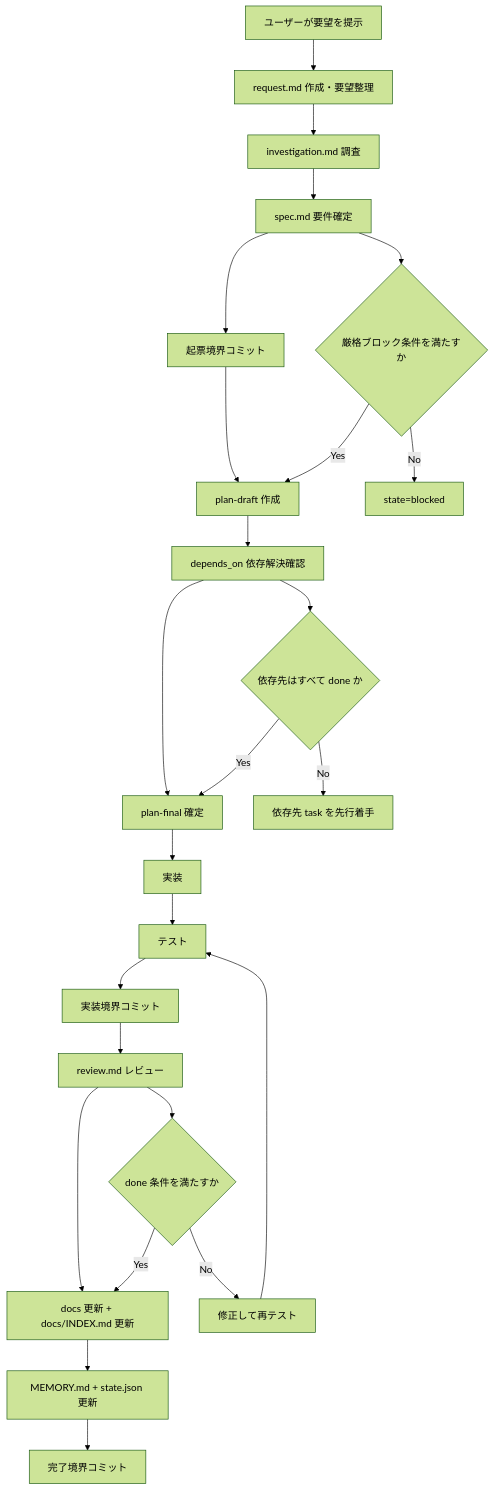
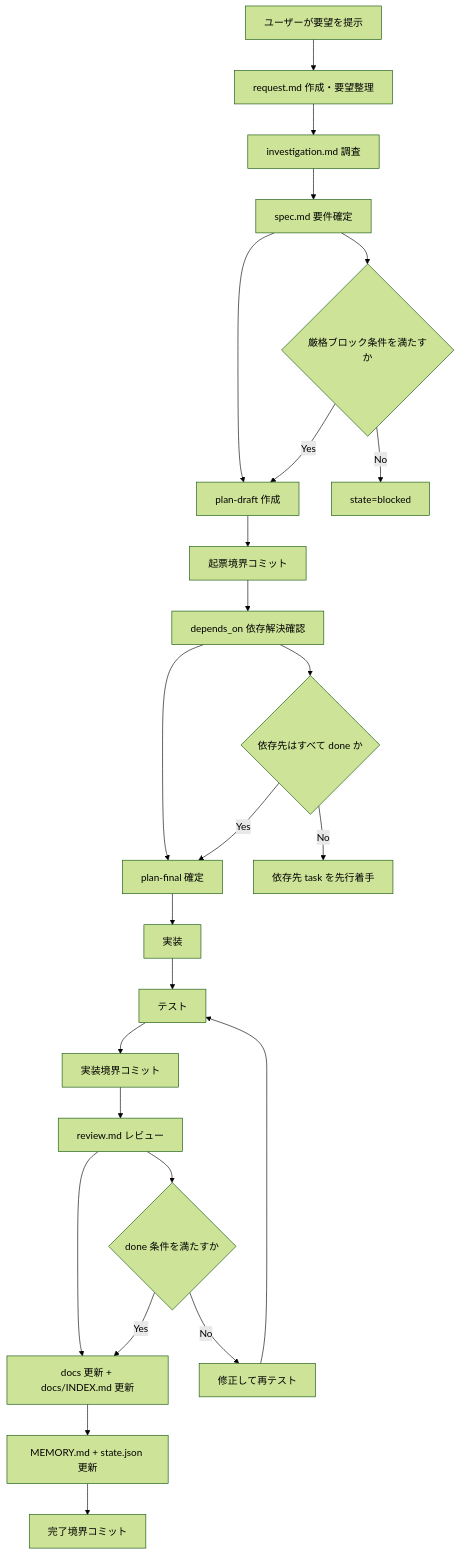
The diagram in docs/operations/framework-request-to-commit-visual-guide.md (HarukaKajita/AgentRail), drawn with Mermaid (forest theme) before and after one commit. The commit also changed other lines of this file and 1 other file, not shown here.

Commit message:
docs(flow): place plan-draft before kickoff boundary

````diff
--- a/docs/operations/framework-request-to-commit-visual-guide.md
+++ b/docs/operations/framework-request-to-commit-visual-guide.md
@@ -22,30 +22,30 @@
 ```mermaid
 flowchart TD
   A[ユーザーが要望を提示] --> B[request.md 作成・要望整理]
   B --> C[investigation.md 調査]
   C --> D[spec.md 要件確定]
-  D --> K1[起票境界コミット]
-  K1 --> E[plan-draft 作成]
-  E --> E1[depends_on 依存解決確認]
+  D --> E[plan-draft 作成]
+  E --> K1[起票境界コミット]
+  K1 --> E1[depends_on 依存解決確認]
   E1 --> E2[plan-final 確定]
   E2 --> F[実装]
   F --> G[テスト]
   G --> K2[実装境界コミット]
   K2 --> H[review.md レビュー]
   H --> I[docs 更新 + docs/INDEX.md 更新]
   I --> J[MEMORY.md + state.json 更新]
   J --> K3[完了境界コミット]
 
   D --> L{厳格ブロック条件を満たすか}
   L -- No --> M[state=blocked]
   L -- Yes --> E
 
   E1 --> D1{依存先はすべて done か}
   D1 -- No --> D2[依存先 task を先行着手]
   D1 -- Yes --> E2
 
   H --> N{done 条件を満たすか}
   N -- No --> O[修正して再テスト]
   O --> G
   N -- Yes --> I
 ```
````
